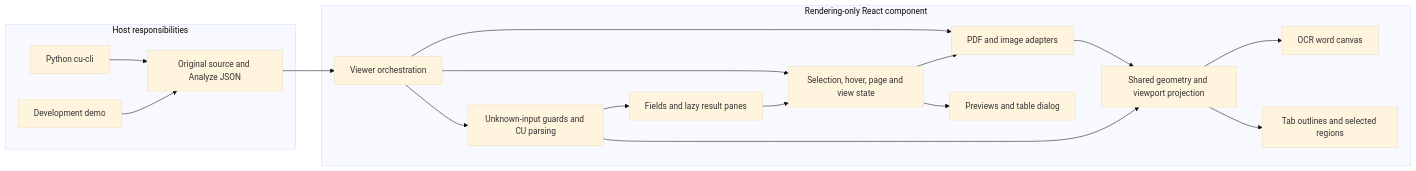
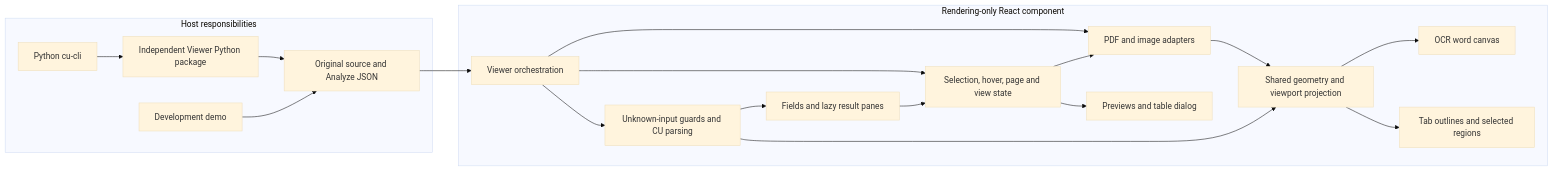
The diagram in docs/dev-plan.md (changjian-wang/cu-viewer), drawn with Mermaid (base theme) before and after one commit. The commit also changed other lines of this file and 16 other files, not shown here.

First line of the commit message:
feat: Introduce independent viewer package and CLI integration

````diff
--- a/docs/dev-plan.md
+++ b/docs/dev-plan.md
@@ -47,33 +48,35 @@
 ```mermaid
 flowchart LR
     subgraph Hosts["Host responsibilities"]
         CLI["Python cu-cli"]
+        Launcher["Independent Viewer Python package"]
         Demo["Development demo"]
         Data["Original source and Analyze JSON"]
-        CLI --> Data
+        CLI --> Launcher
+        Launcher --> Data
         Demo --> Data
     end
     subgraph Viewer["Rendering-only React component"]
         Entry["Viewer orchestration"]
         Parser["Unknown-input guards and CU parsing"]
         State["Selection, hover, page and view state"]
         Source["PDF and image adapters"]
         Projection["Shared geometry and viewport projection"]
         Panes["Fields and lazy result panes"]
         Words["OCR word canvas"]
         Regions["Tab outlines and selected regions"]
         Preview["Previews and table dialog"]
         Entry --> Parser
         Entry --> State
         Entry --> Source
         Parser --> Panes
         Panes --> State
         State --> Source
         Source --> Projection
         Parser --> Projection
         Projection --> Words
         Projection --> Regions
         State --> Preview
     end
     Data --> Entry
 ```
````
